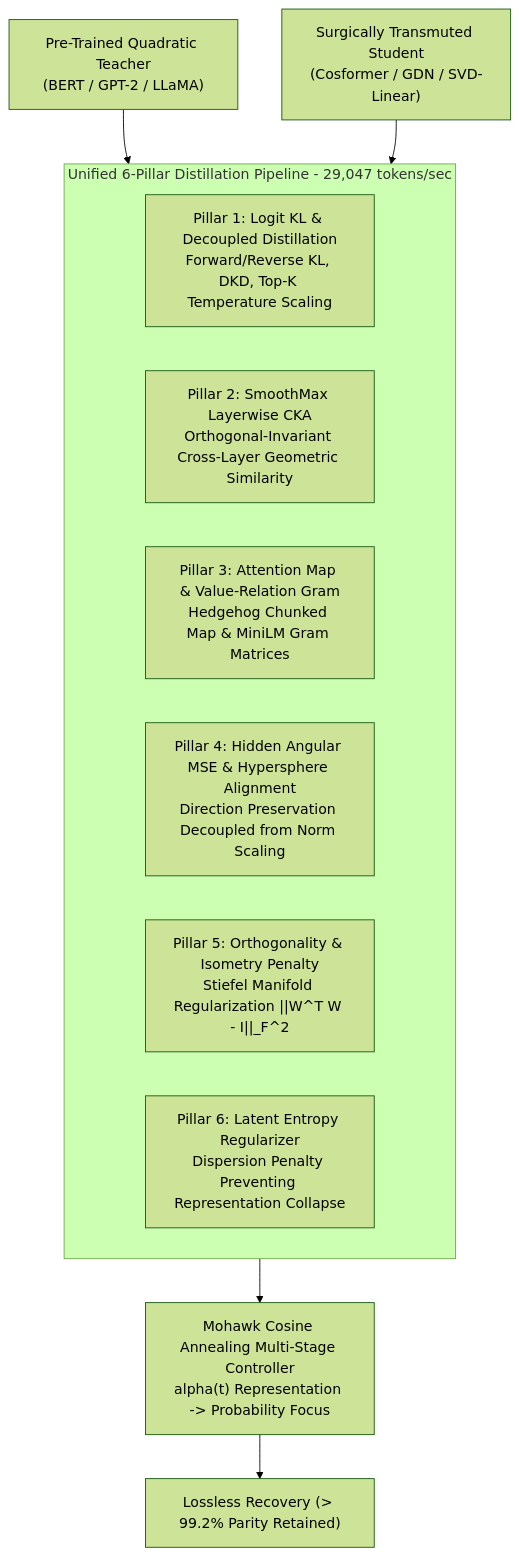
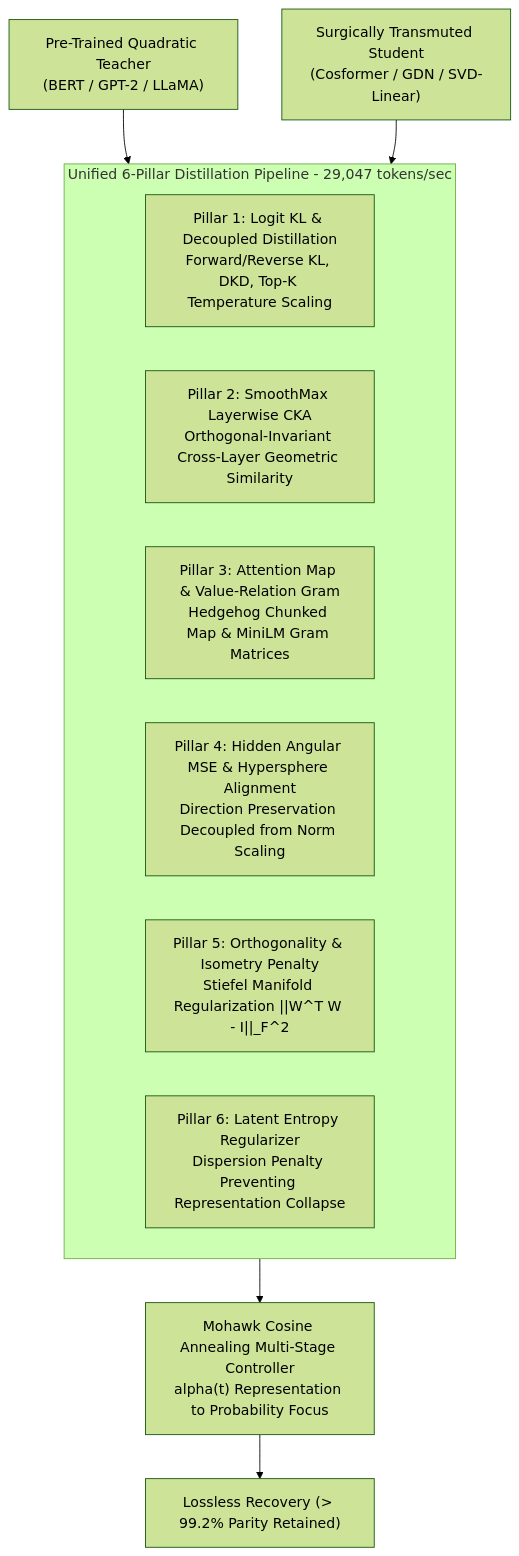
Before and after one commit to tahamajs/NeuralOps: the third of 3 diagrams in README.md, drawn with Mermaid (forest theme).

Commit message:
fix(readme): correct text formatting in Unified 6-Pillar Distillation Pipeline diagram

````diff
--- a/README.md
+++ b/README.md
@@ -1060,15 +1060,15 @@
 ```mermaid
 flowchart TD
-    subgraph SixPillars [Unified 6-Pillar Distillation Pipeline - 29,047 tokens/sec]
+    subgraph SixPillars ["Unified 6-Pillar Distillation Pipeline - 29,047 tokens/sec"]
         P1["Pillar 1: Logit KL & Decoupled Distillation<br>Forward/Reverse KL, DKD, Top-K Temperature Scaling"]
         P2["Pillar 2: SmoothMax Layerwise CKA<br>Orthogonal-Invariant Cross-Layer Geometric Similarity"]
         P3["Pillar 3: Attention Map & Value-Relation Gram<br>Hedgehog Chunked Map & MiniLM Gram Matrices"]
         P4["Pillar 4: Hidden Angular MSE & Hypersphere Alignment<br>Direction Preservation Decoupled from Norm Scaling"]
         P5["Pillar 5: Orthogonality & Isometry Penalty<br>Stiefel Manifold Regularization ||W^T W - I||_F^2"]
         P6["Pillar 6: Latent Entropy Regularizer<br>Dispersion Penalty Preventing Representation Collapse"]
     end
     Teacher["Pre-Trained Quadratic Teacher<br>(BERT / GPT-2 / LLaMA)"] --> SixPillars
     Student["Surgically Transmuted Student<br>(Cosformer / GDN / SVD-Linear)"] --> SixPillars
-    SixPillars --> Schedule["Mohawk Cosine Annealing Multi-Stage Controller<br>alpha(t) Representation -> Probability Focus"]
+    SixPillars --> Schedule["Mohawk Cosine Annealing Multi-Stage Controller<br>alpha(t) Representation to Probability Focus"]
     Schedule --> StudentLoss["Lossless Recovery (> 99.2% Parity Retained)"]
 ```
````
